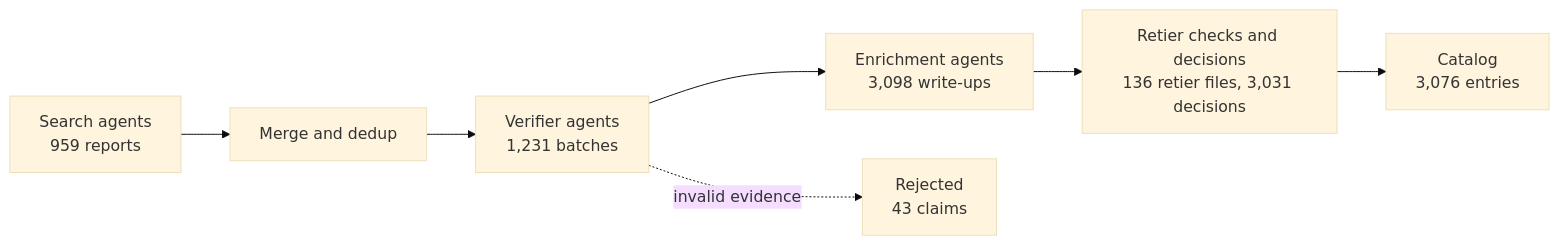
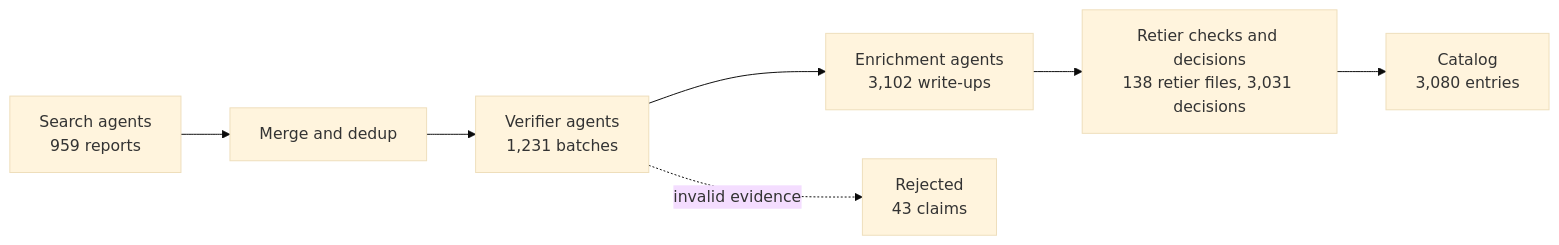
The diagram in README.md (harrisjib216/fastplusplus), drawn with Mermaid (base theme) before and after one commit. The commit also changed other lines of this file and 20 other files, not shown here.

````diff
--- a/README.md
+++ b/README.md
@@ -116,9 +116,9 @@
 ```mermaid
 flowchart LR
   S["Search agents<br/>959 reports"] --> M["Merge and dedup"]
   M --> V["Verifier agents<br/>1,231 batches"]
-  V --> E["Enrichment agents<br/>3,098 write-ups"]
-  E --> R["Retier checks and decisions<br/>136 retier files, 3,031 decisions"]
-  R --> C["Catalog<br/>3,076 entries"]
+  V --> E["Enrichment agents<br/>3,102 write-ups"]
+  E --> R["Retier checks and decisions<br/>138 retier files, 3,031 decisions"]
+  R --> C["Catalog<br/>3,080 entries"]
   V -. invalid evidence .-> X["Rejected<br/>43 claims"]
 ```
````
